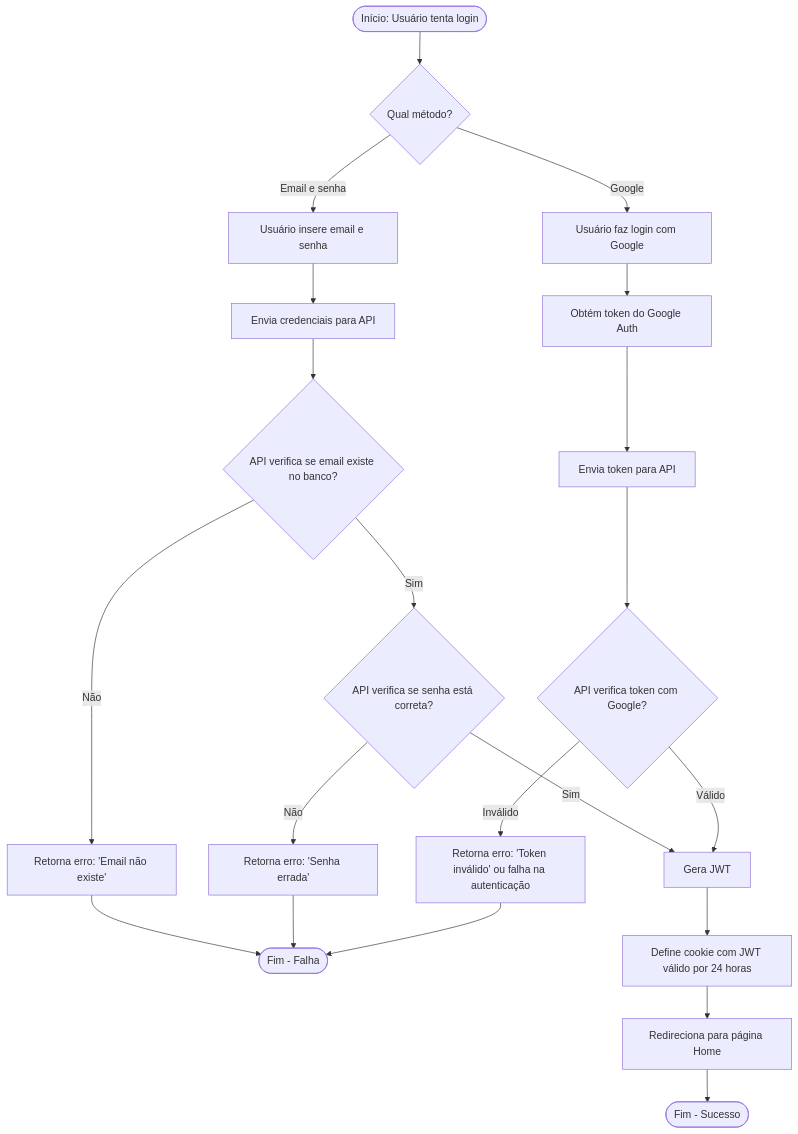
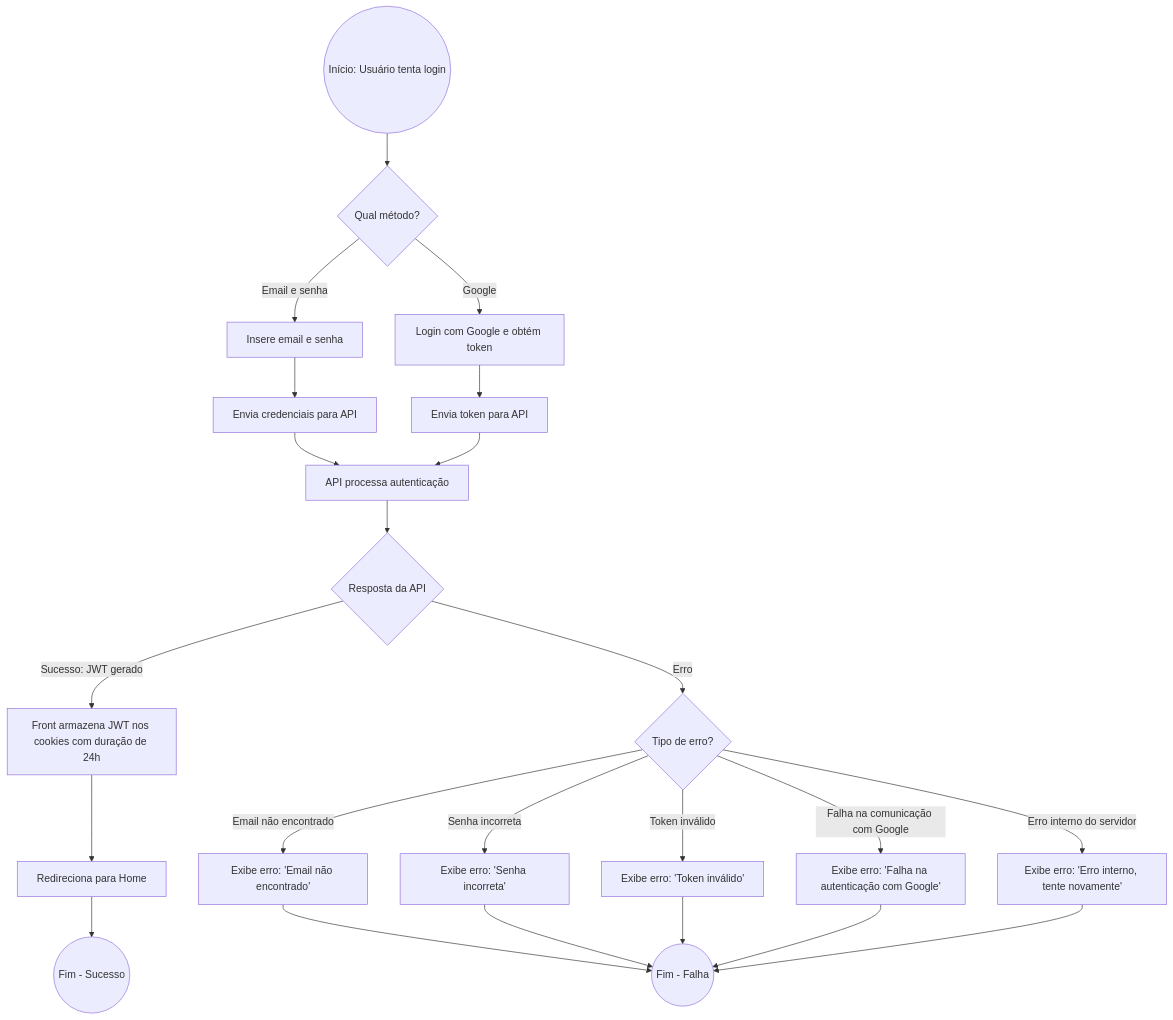
The first of 14 diagrams in CONTEXT.md (AsaphMoraes/AnotaAqui), drawn with Mermaid before and after one commit. The commit also changed other lines of this file, not shown here.

````diff
--- a/CONTEXT.md
+++ b/CONTEXT.md
@@ -19,26 +19,34 @@
 ```mermaid
     flowchart TB
-    A([Início: Usuário tenta login]) --> B{Qual método?}
+    A((Início: Usuário tenta login)) --> B{Qual método?}
+
+    B -->|Email e senha| C[Insere email e senha]
+    C --> D[Envia credenciais para API]
+
+    B -->|Google| E[Login com Google e obtém token]
+    E --> F[Envia token para API]
+
+    D --> G[API processa autenticação]
+    F --> G
+
+    G --> H{Resposta da API}
     
-    B -->|Email e senha| C[Usuário insere email e senha]
-    C --> D[Envia credenciais para API]
-    D --> E{API verifica se email existe no banco?}
-    E -->|Não| F[Retorna erro: 'Email não existe']
-    F --> G([Fim - Falha])
-    E -->|Sim| H{API verifica se senha está correta?}
-    H -->|Não| I[Retorna erro: 'Senha errada']
-    I --> G
-    H -->|Sim| J[Gera JWT]
+    %% Bloco de sucesso
+    H -->|Sucesso: JWT gerado| I[Front armazena JWT nos cookies com duração de 24h]
+    I --> J[Redireciona para Home]
+    J --> K((Fim - Sucesso))
+
+    %% Bloco de erro com ramificação
+    H -->|Erro| E1{Tipo de erro?}
+    E1 -->|Email não encontrado| L1[Exibe erro: 'Email não encontrado']
+    E1 -->|Senha incorreta| L2[Exibe erro: 'Senha incorreta']
+    E1 -->|Token inválido| L3[Exibe erro: 'Token inválido']
+    E1 -->|Falha na comunicação com Google| L4[Exibe erro: 'Falha na autenticação com Google']
+    E1 -->|Erro interno do servidor| L5[Exibe erro: 'Erro interno, tente novamente']
     
-    B -->|Google| K[Usuário faz login com Google]
-    K --> L[Obtém token do Google Auth]
-    L --> M[Envia token para API]
-    M --> N{API verifica token com Google?}
-    N -->|Inválido| O[Retorna erro: 'Token inválido' ou falha na autenticação]
-    O --> G
-    N -->|Válido| J
-    
-    J --> P[Define cookie com JWT válido por 24 horas]
-    P --> Q[Redireciona para página Home]
-    Q --> R([Fim - Sucesso])
+    L1 --> M((Fim - Falha))
+    L2 --> M
+    L3 --> M
+    L4 --> M
+    L5 --> M
 ```
````
